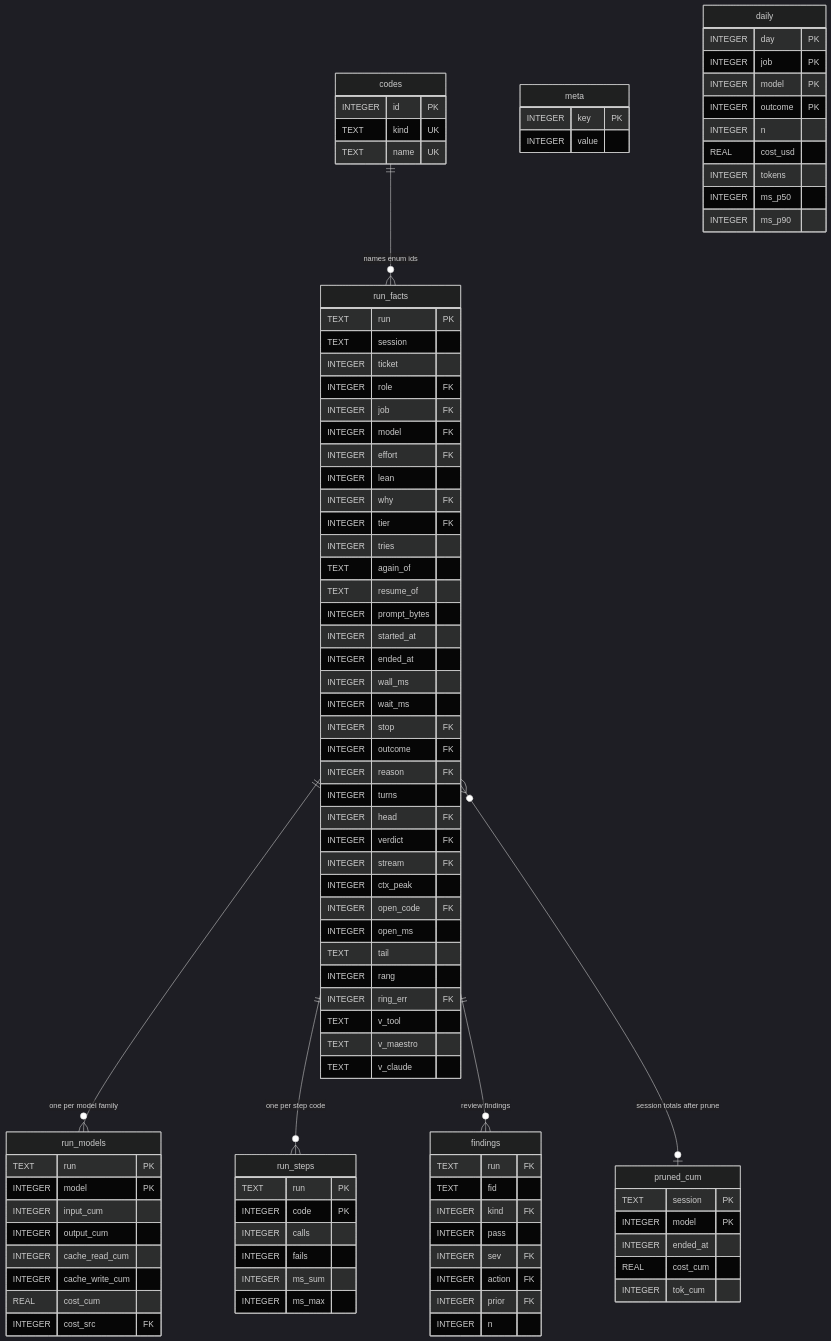
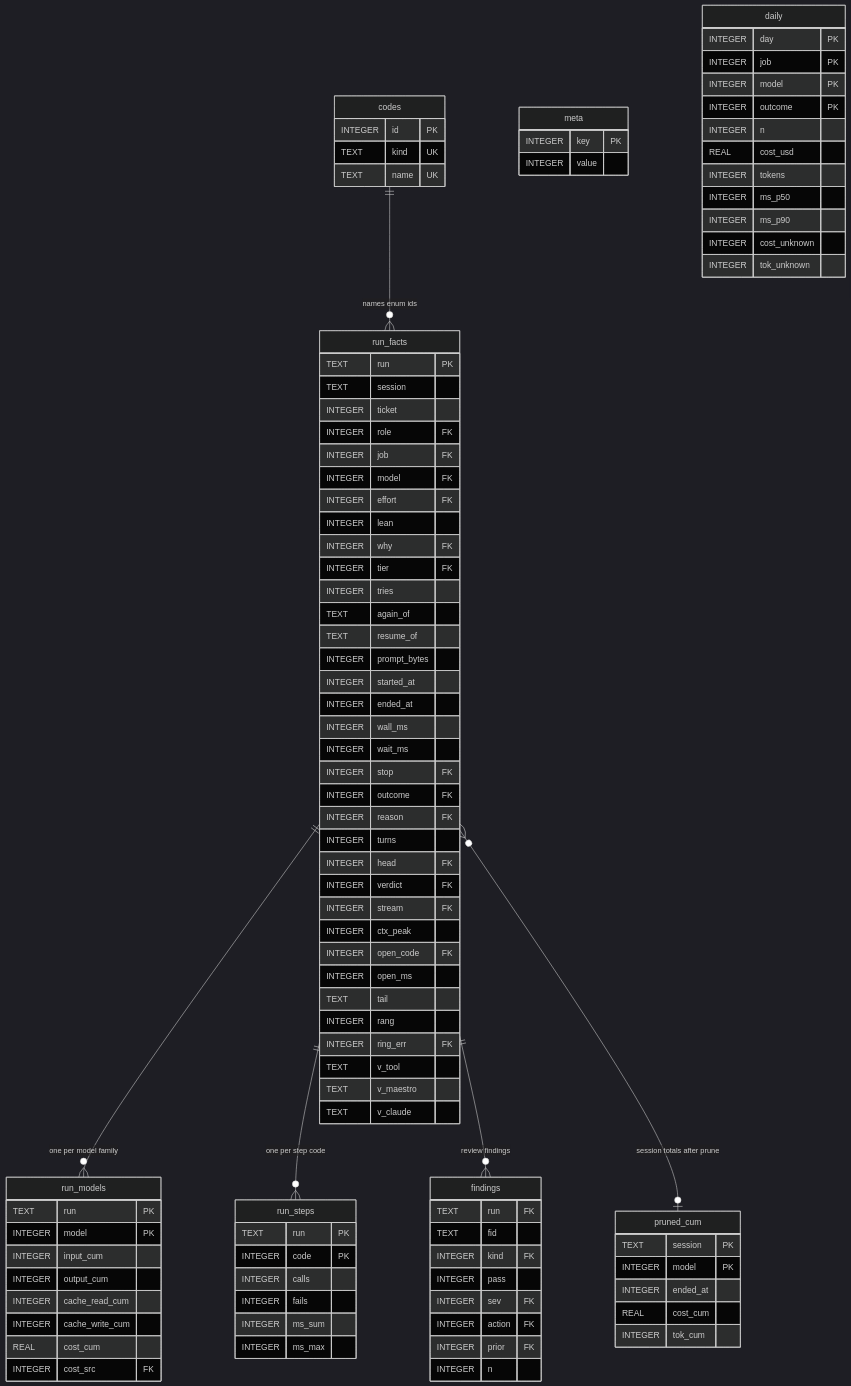
The fourth of 11 diagrams in docs/design/data-collection.md (ProlesDei/maestro), drawn with Mermaid (dark theme) before and after one commit. The commit also changed other lines of this file and 21 other files, not shown here.

```diff
--- a/docs/design/data-collection.md
+++ b/docs/design/data-collection.md
@@ -447,6 +446,8 @@
     INTEGER tokens
     INTEGER ms_p50
     INTEGER ms_p90
+    INTEGER cost_unknown
+    INTEGER tok_unknown
   }
   pruned_cum {
     TEXT session PK
```
